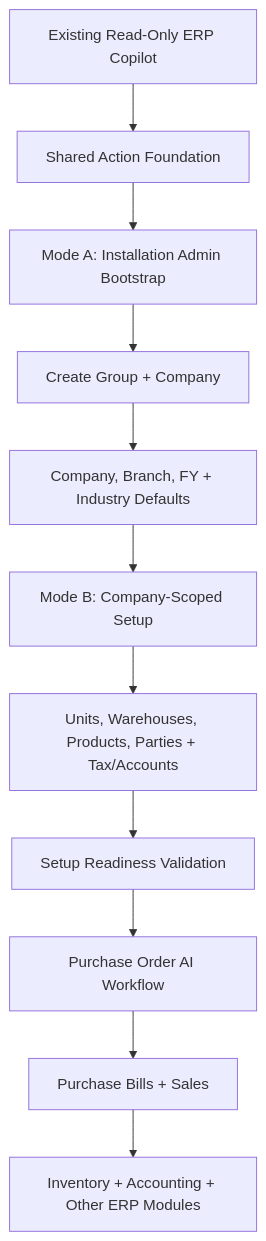
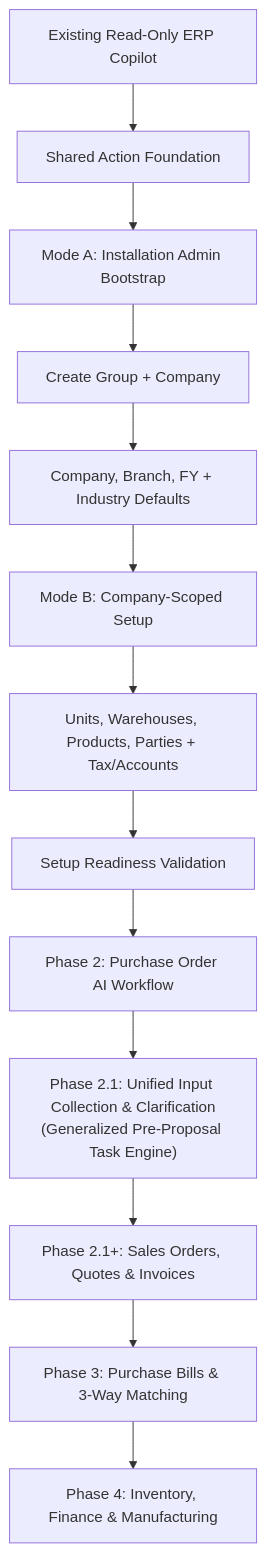
One commit to vigneshsinna/zolo-erp-pro changed the first of 2 diagrams in docs/zoloerp-ai-agent-implementation/docs/ai/29_WORKFLOW_ORCHESTRATION.md. Above: the diagram before and after it, drawn with Mermaid. The commit also changed other lines of this file and 15 other files, not shown here.

Commit message:
fix(ai): resolve AI_INTERNAL_ERROR in chat copilot and harden clarification workflow

````diff
--- a/docs/zoloerp-ai-agent-implementation/docs/ai/29_WORKFLOW_ORCHESTRATION.md
+++ b/docs/zoloerp-ai-agent-implementation/docs/ai/29_WORKFLOW_ORCHESTRATION.md
@@ -16,13 +16,15 @@
 ```mermaid
 flowchart TD
     COPILOT["Existing Read-Only ERP Copilot"] --> ACTION_FOUNDATION["Shared Action Foundation"]
     ACTION_FOUNDATION --> MODE_A["Mode A: Installation Admin Bootstrap"]
     MODE_A --> CREATE_COMP["Create Group + Company"]
     CREATE_COMP --> PROVISION_DEFAULTS["Company, Branch, FY + Industry Defaults"]
     PROVISION_DEFAULTS --> MODE_B["Mode B: Company-Scoped Setup"]
     MODE_B --> CONFIGURE_MASTERS["Units, Warehouses, Products, Parties + Tax/Accounts"]
     CONFIGURE_MASTERS --> READINESS["Setup Readiness Validation"]
-    READINESS --> PO_FLOW["Purchase Order AI Workflow"]
-    PO_FLOW --> BILLS_SALES["Purchase Bills + Sales"]
-    BILLS_SALES --> ERP_MODULES["Inventory + Accounting + Other ERP Modules"]
+    READINESS --> PO_FLOW["Phase 2: Purchase Order AI Workflow"]
+    PO_FLOW --> UNIFIED_ENGINE["Phase 2.1: Unified Input Collection & Clarification\n(Generalized Pre-Proposal Task Engine)"]
+    UNIFIED_ENGINE --> SALES_FLOW["Phase 2.1+: Sales Orders, Quotes & Invoices"]
+    SALES_FLOW --> BILLS_FLOW["Phase 3: Purchase Bills & 3-Way Matching"]
+    BILLS_FLOW --> ERP_MODULES["Phase 4: Inventory, Finance & Manufacturing"]
 ```
````
